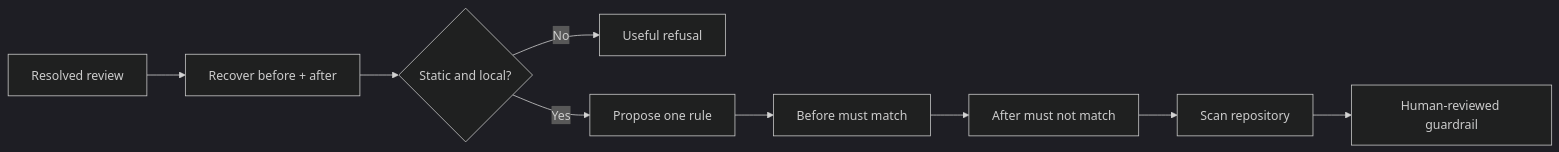
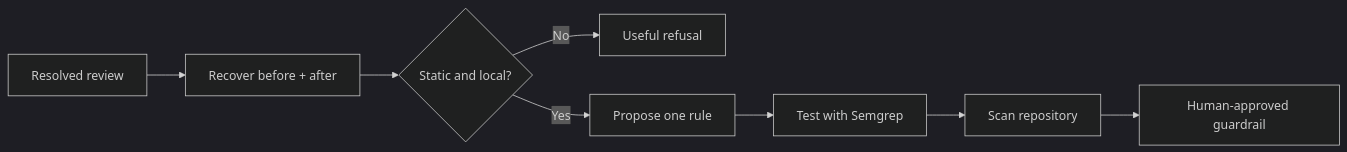
The diagram in README.md (vamgan/review-to-rule), drawn with Mermaid (dark theme) before and after one commit. The commit also changed other lines of this file, not shown here.

````diff
--- a/README.md
+++ b/README.md
@@ -175,11 +131,10 @@
 ```mermaid
 flowchart LR
   A[Resolved review] --> B[Recover before + after]
   B --> C{Static and local?}
   C -->|No| D[Useful refusal]
   C -->|Yes| E[Propose one rule]
-  E --> F[Before must match]
-  F --> G[After must not match]
-  G --> H[Scan repository]
-  H --> I[Human-reviewed guardrail]
+  E --> F[Test with Semgrep]
+  F --> G[Scan repository]
+  G --> H[Human-approved guardrail]
 ```
````
